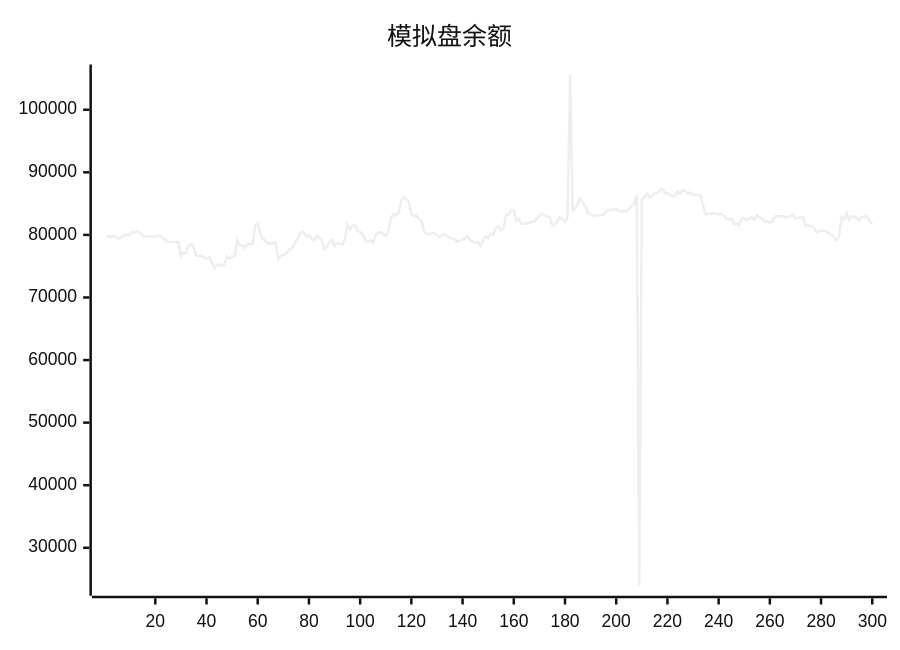
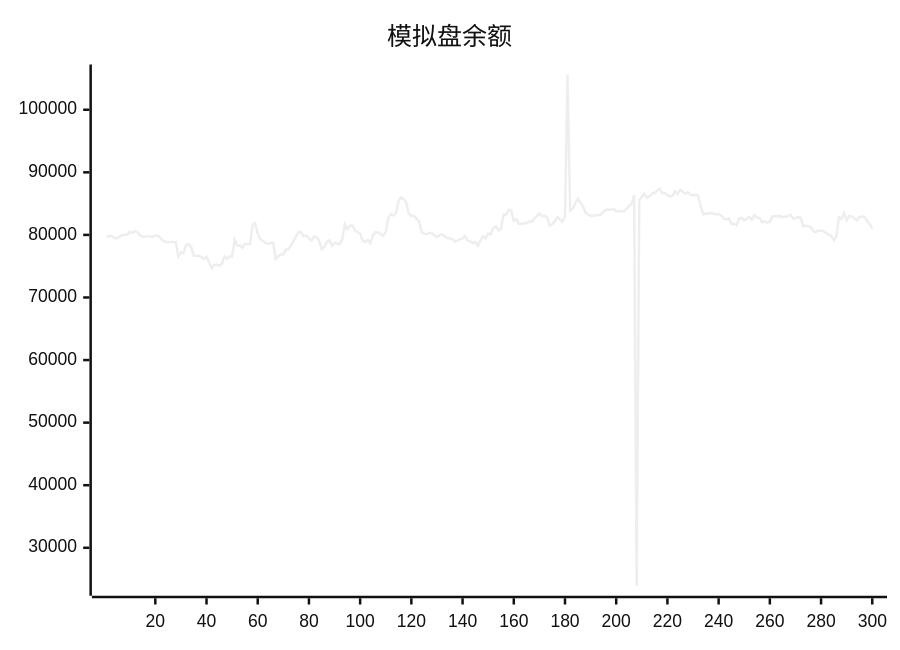
Before and after one commit to aahl/ai-trading: the diagram in README.md, drawn with Mermaid (neutral theme). The commit also changed other lines of this file and 1 other file, not shown here.

````diff
--- a/README.md
+++ b/README.md
@@ -5,5 +5,5 @@
 ```mermaid
 xychart
     title "模拟盘余额"
-    line [79988,79652,79813,79813,79476,79469,79673,79995,80015,80015,80486,80314,80600,80436,79966,79689,79689,79819,79692,79692,79850,79850,79518,79071,78889,78850,78850,78878,78878,76554,77202,77103,78357,78510,78106,76678,76677,76672,76411,76159,76485,75656,74695,75197,75246,75052,75334,76564,76179,76553,76551,79196,78300,78300,77944,78531,78531,78521,81564,81884,80160,79335,79055,78675,78580,78708,78764,76179,76586,76902,76876,77658,77669,78346,79023,79769,80497,80366,79761,79896,79448,79126,79749,79658,79097,77695,78114,78888,79126,78249,78738,78653,78478,79271,81680,80923,81488,81527,80681,80455,80190,79084,78879,79193,78686,79954,80403,80374,80118,79848,80491,82665,83351,83098,83525,85430,85983,85737,85221,83378,83014,83043,82613,82216,80477,80208,80081,80348,80277,79894,79670,79965,80093,79786,79542,79406,79371,78893,79087,79304,79406,79841,79072,78978,78696,78846,78272,79085,79787,79442,80198,80031,81120,81379,80718,80985,83214,83212,83993,83921,82270,82547,81776,81776,81866,81866,82158,82061,82596,83000,83408,83041,83050,82858,81503,81691,82188,82812,82517,82092,82901,105633,83898,84180,85030,85781,85178,84604,83569,83298,83008,83093,83107,83175,83228,83729,84025,84017,84019,84177,83775,83762,83785,83738,84160,84639,84939,86370,23934,85548,86046,86599,85942,86161,86622,86664,87115,87369,86666,86685,86384,86152,86243,86969,86548,87164,86885,86566,86809,86427,86348,86417,86273,84538,83299,83369,83430,83490,83404,83270,83362,83056,82605,82459,82614,81734,81788,81551,82598,82702,82320,82580,82878,82426,83139,82778,82686,82056,82166,81963,82110,82951,82983,82984,83038,82838,82915,82998,83235,82642,82682,82858,82746,81396,81512,81362,81277,80600,80461,80699,80673,80616,80288,80038,79836,79142,79722,82837,82533,83480,82366,83032,82960,82654,82330,82883,82934,82901,82188,81728]
+    line [79652,79813,79813,79476,79469,79673,79995,80015,80015,80486,80314,80600,80436,79966,79689,79689,79819,79692,79692,79850,79850,79518,79071,78889,78850,78850,78878,78878,76554,77202,77103,78357,78510,78106,76678,76677,76672,76411,76159,76485,75656,74695,75197,75246,75052,75334,76564,76179,76553,76551,79196,78300,78300,77944,78531,78531,78521,81564,81884,80160,79335,79055,78675,78580,78708,78764,76179,76586,76902,76876,77658,77669,78346,79023,79769,80497,80366,79761,79896,79448,79126,79749,79658,79097,77695,78114,78888,79126,78249,78738,78653,78478,79271,81680,80923,81488,81527,80681,80455,80190,79084,78879,79193,78686,79954,80403,80374,80118,79848,80491,82665,83351,83098,83525,85430,85983,85737,85221,83378,83014,83043,82613,82216,80477,80208,80081,80348,80277,79894,79670,79965,80093,79786,79542,79406,79371,78893,79087,79304,79406,79841,79072,78978,78696,78846,78272,79085,79787,79442,80198,80031,81120,81379,80718,80985,83214,83212,83993,83921,82270,82547,81776,81776,81866,81866,82158,82061,82596,83000,83408,83041,83050,82858,81503,81691,82188,82812,82517,82092,82901,105633,83898,84180,85030,85781,85178,84604,83569,83298,83008,83093,83107,83175,83228,83729,84025,84017,84019,84177,83775,83762,83785,83738,84160,84639,84939,86370,23934,85548,86046,86599,85942,86161,86622,86664,87115,87369,86666,86685,86384,86152,86243,86969,86548,87164,86885,86566,86809,86427,86348,86417,86273,84538,83299,83369,83430,83490,83404,83270,83362,83056,82605,82459,82614,81734,81788,81551,82598,82702,82320,82580,82878,82426,83139,82778,82686,82056,82166,81963,82110,82951,82983,82984,83038,82838,82915,82998,83235,82642,82682,82858,82746,81396,81512,81362,81277,80600,80461,80699,80673,80616,80288,80038,79836,79142,79722,82837,82533,83480,82366,83032,82960,82654,82330,82883,82934,82901,82188,81728,81005]
 ```
````
